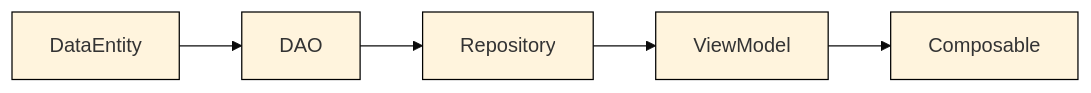
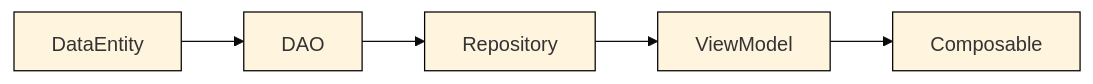
Before and after one commit to A-Yerkeshev/android-project: the first of 2 diagrams in Readme.md, drawn with Mermaid. The commit also changed other lines of this file, not shown here.

````diff
--- a/Readme.md
+++ b/Readme.md
@@ -21,10 +21,12 @@
 ```mermaid
-%%{init: {
+%%{
+init: {
 	'theme':'base',
 	'themeVariables': {
 		'primaryBorderColor': '#000000'
-	}
+	},
+	'htmlLabels': false
 }}%%
 flowchart LR;
     DataEntity-->DAO-->Repository-->ViewModel-->Composable;
 ```
````
